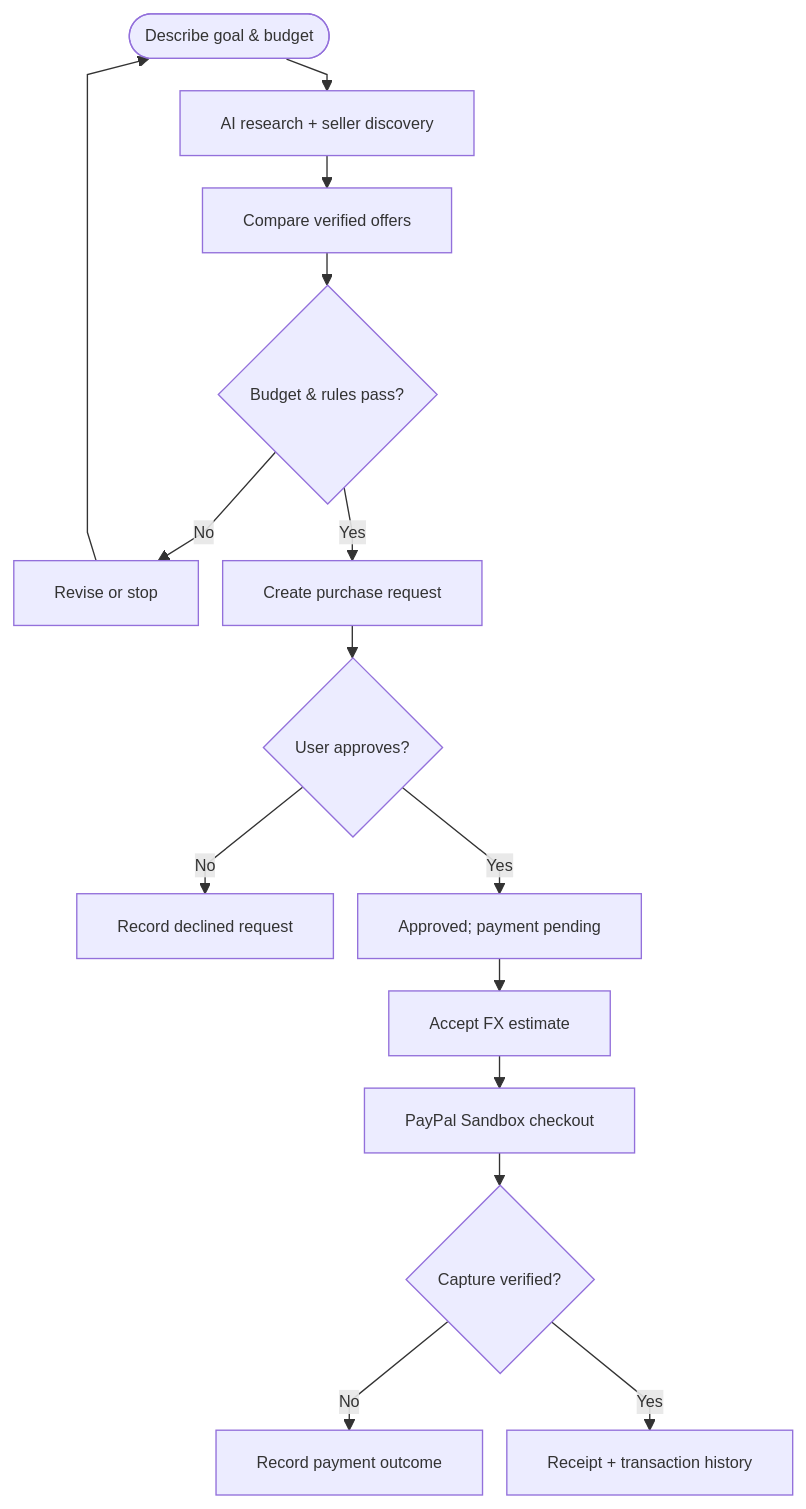
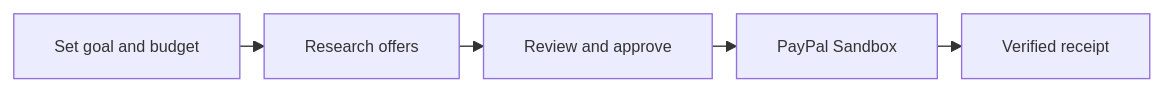
The first of 3 diagrams in README.md (madupojumounika/paypilot), drawn with Mermaid before and after one commit. The commit also changed other lines of this file, not shown here.

Commit message:
docs: simplify README workflow and payment diagrams

````diff
--- a/README.md
+++ b/README.md
@@ -126,18 +126,8 @@
 ```mermaid
-%%{init: {"themeVariables": {"fontSize": "12px"}, "flowchart": {"nodeSpacing": 18, "rankSpacing": 24, "curve": "linear"}}}%%
-flowchart TD
-    A(["Describe goal & budget"]) --> B["AI research + seller discovery"]
-    B --> C["Compare verified offers"]
-    C --> D{"Budget & rules pass?"}
-    D -- No --> E["Revise or stop"]
-    E --> A
-    D -- Yes --> F["Create purchase request"]
-    F --> G{"User approves?"}
-    G -- No --> H["Record declined request"]
-    G -- Yes --> I["Approved; payment pending"]
-    I --> J["Accept FX estimate"]
-    J --> K["PayPal Sandbox checkout"]
-    K --> L{"Capture verified?"}
-    L -- No --> M["Record payment outcome"]
-    L -- Yes --> N["Receipt + transaction history"]
+%%{init: {"themeVariables": {"fontSize": "12px"}, "flowchart": {"nodeSpacing": 12, "rankSpacing": 18, "curve": "linear"}}}%%
+flowchart LR
+    A["Set goal and budget"] --> B["Research offers"]
+    B --> C["Review and approve"]
+    C --> D["PayPal Sandbox"]
+    D --> E["Verified receipt"]
 ```
````
